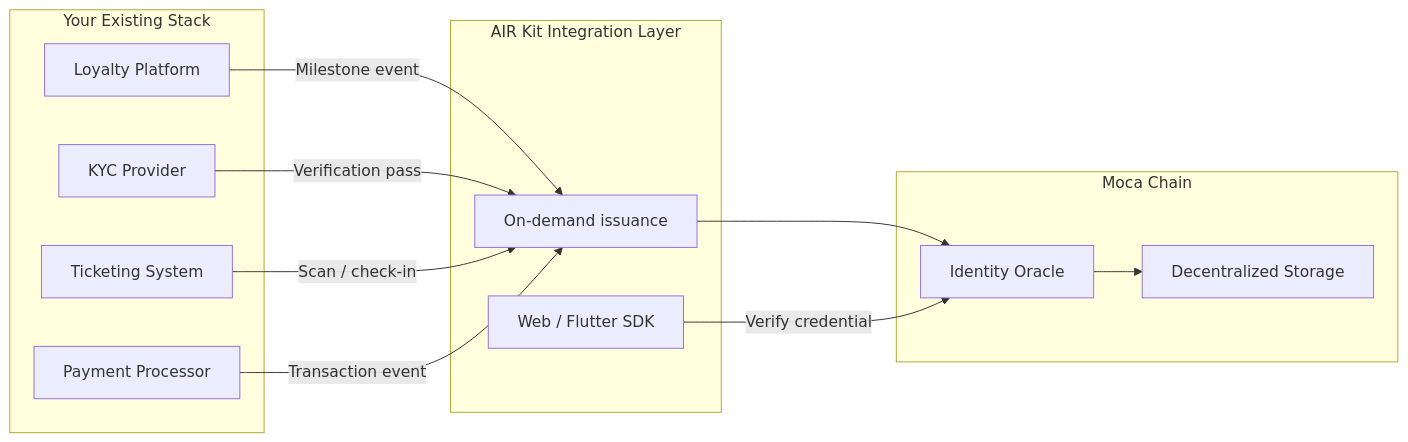
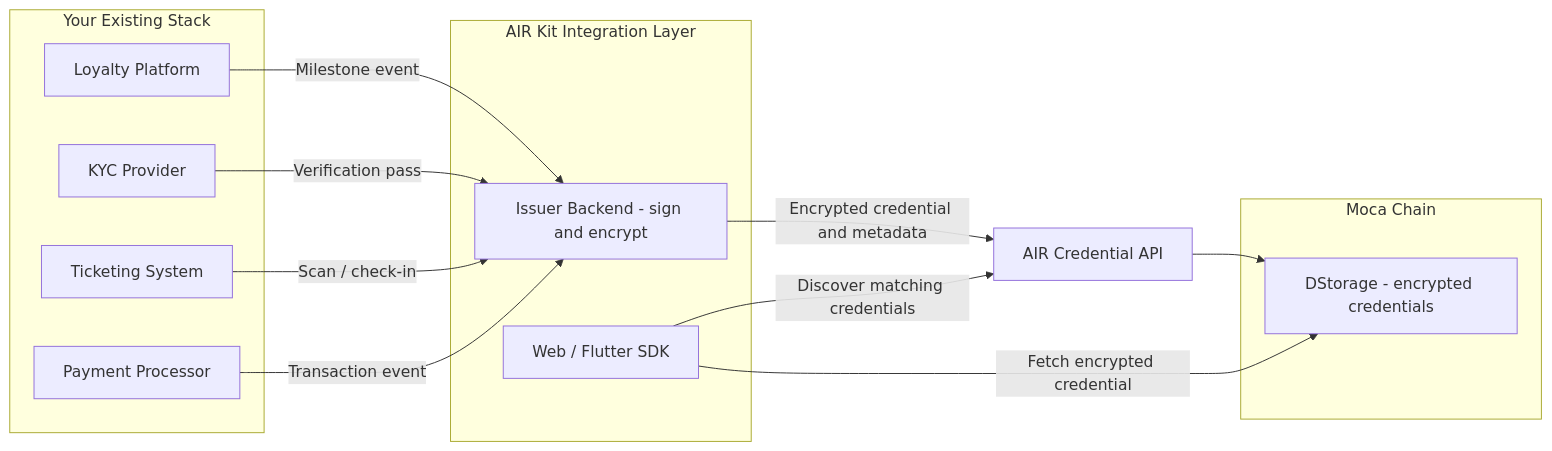
Before and after one commit to MocaNetwork/docs: the sixth of 6 diagrams in learn/architecture.mdx, drawn with Mermaid. The commit also changed other lines of this file and 34 other files, not shown here.

````diff
--- a/learn/architecture.mdx
+++ b/learn/architecture.mdx
@@ -126,27 +134,29 @@
 ```mermaid
 graph LR
     subgraph Existing["Your Existing Stack"]
       L[Loyalty Platform]
       K[KYC Provider]
       T[Ticketing System]
       P[Payment Processor]
     end
 
     subgraph AIR["AIR Kit Integration Layer"]
-      IB[On-demand issuance]
+      IB[Issuer Backend - sign and encrypt]
       SDK2[Web / Flutter SDK]
     end
 
     subgraph MocaChain["Moca Chain"]
-      ORC[Identity Oracle]
-      STORE[Decentralized Storage]
+      STORE[DStorage - encrypted credentials]
     end
+
+    API[AIR Credential API]
 
     L -->|Milestone event| IB
     K -->|Verification pass| IB
     T -->|Scan / check-in| IB
     P -->|Transaction event| IB
-    IB --> ORC
-    ORC --> STORE
-    SDK2 -->|Verify credential| ORC
+    IB -->|Encrypted credential and metadata| API
+    API --> STORE
+    SDK2 -->|Discover matching credentials| API
+    SDK2 -->|Fetch encrypted credential| STORE
 ```
````
